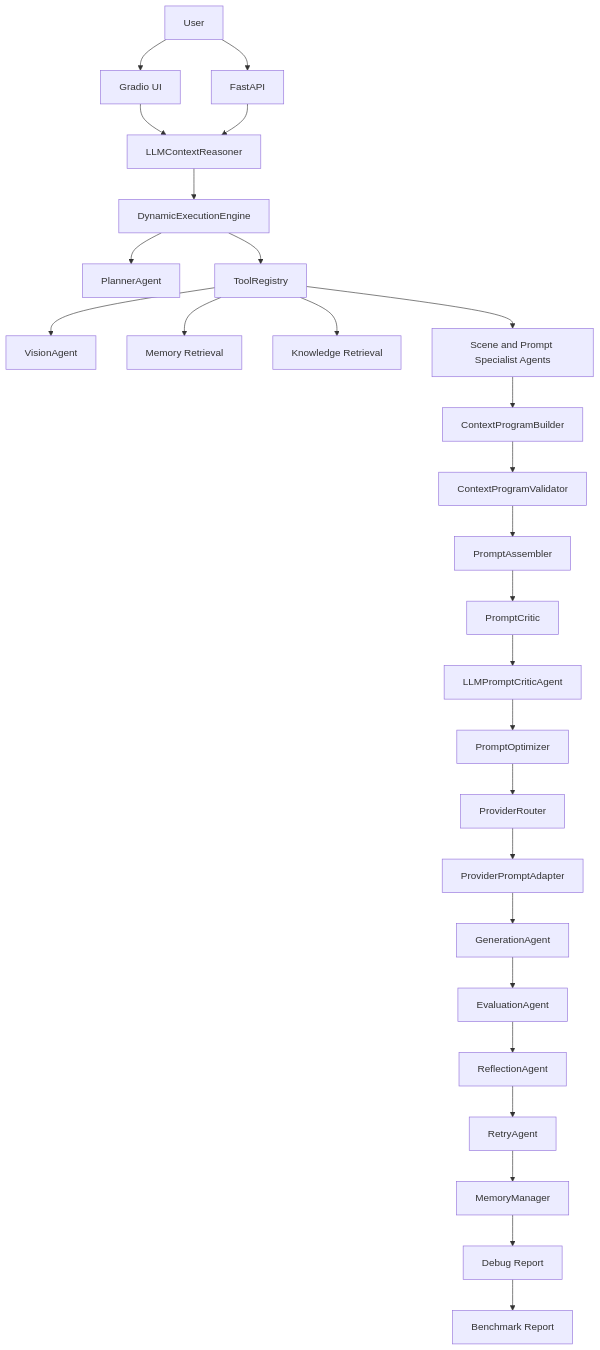
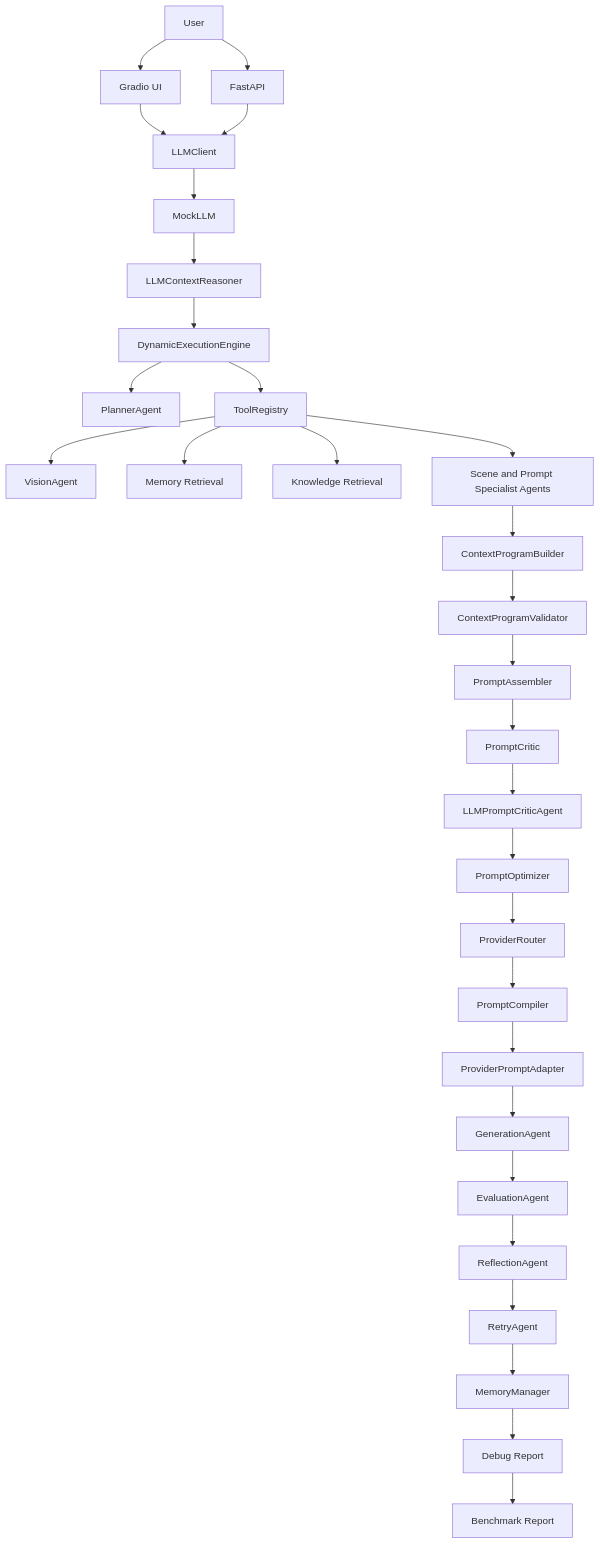
The diagram in docs/architecture.md (wooyybb/multimodal-ai-agent-playground), drawn with Mermaid before and after one commit. The commit also changed other lines of this file and 24 other files, not shown here.

Commit message:
feat(prompt): add ContextProgram prompt compiler

````diff
--- a/docs/architecture.md
+++ b/docs/architecture.md
@@ -58,29 +62,32 @@
 ```mermaid
 flowchart TD
     U[User] --> UI[Gradio UI]
     U --> API[FastAPI]
-    UI --> LR[LLMContextReasoner]
-    API --> LR
+    UI --> LC[LLMClient]
+    API --> LC
+    LC --> ML[MockLLM]
+    ML --> LR[LLMContextReasoner]
     LR --> E[DynamicExecutionEngine]
     E --> P[PlannerAgent]
     E --> R[ToolRegistry]
     R --> V[VisionAgent]
     R --> M1[Memory Retrieval]
     R --> K[Knowledge Retrieval]
     R --> S[Scene and Prompt Specialist Agents]
     S --> CP[ContextProgramBuilder]
     CP --> CV[ContextProgramValidator]
     CV --> PA[PromptAssembler]
     PA --> PC[PromptCritic]
     PC --> LPC[LLMPromptCriticAgent]
     LPC --> PO[PromptOptimizer]
     PO --> PR[ProviderRouter]
-    PR --> PPA[ProviderPromptAdapter]
+    PR --> PCMP[PromptCompiler]
+    PCMP --> PPA[ProviderPromptAdapter]
     PPA --> G[GenerationAgent]
     G --> EV[EvaluationAgent]
     EV --> RF[ReflectionAgent]
     RF --> RT[RetryAgent]
     RT --> MM[MemoryManager]
     MM --> DR[Debug Report]
     DR --> B[Benchmark Report]
 ```
````
